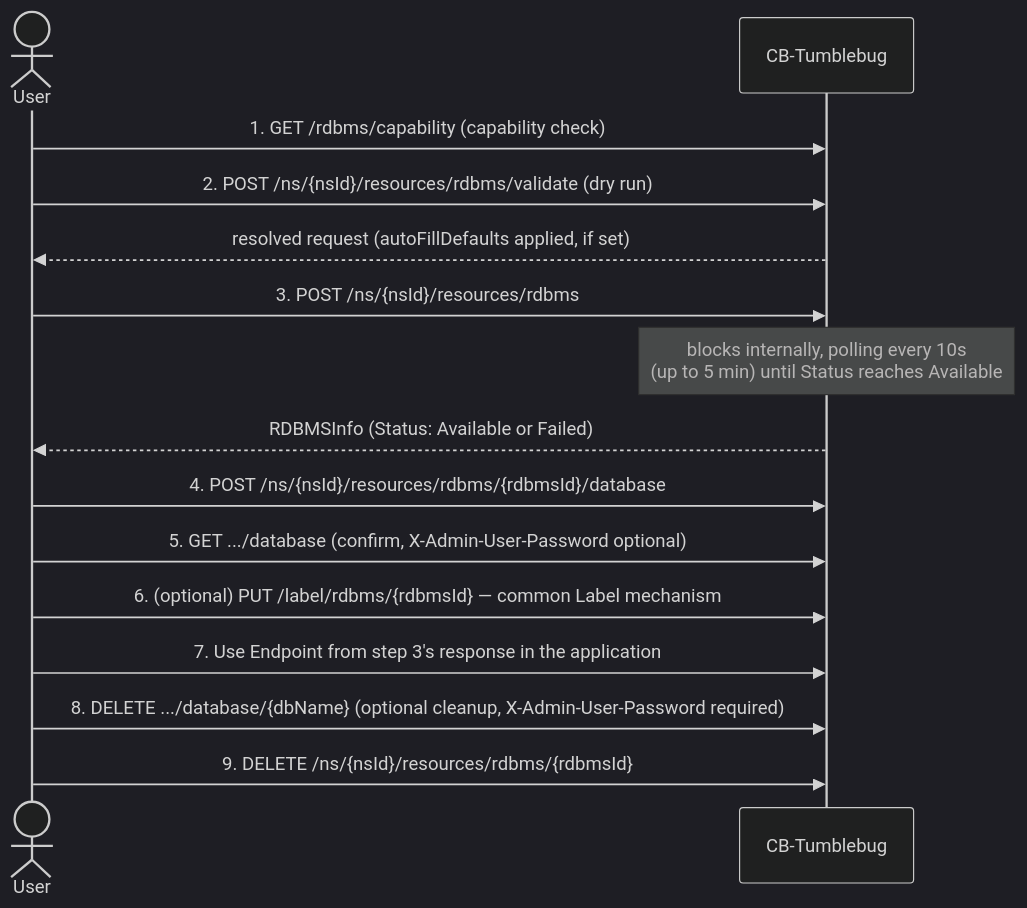
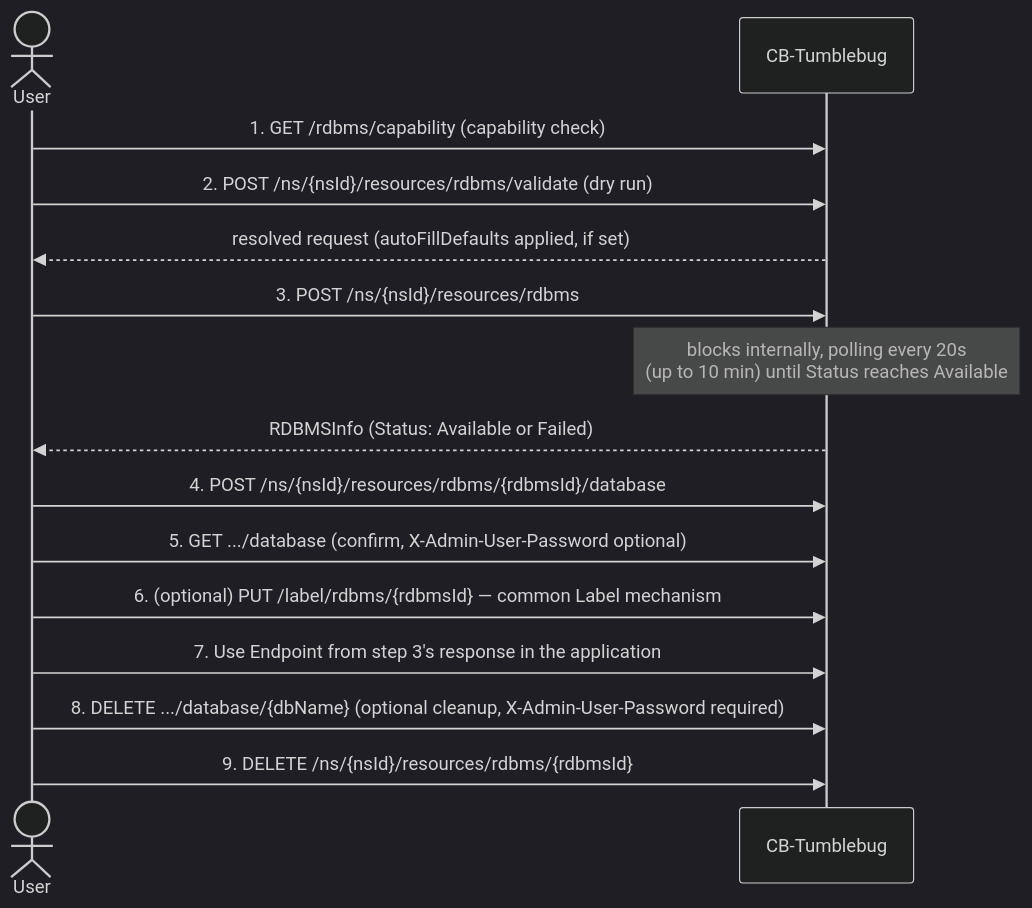
Before and after one commit to cloud-barista/cb-tumblebug: the diagram in docs/feature_guide/rdbms-management.md, drawn with Mermaid (dark theme). The commit also changed other lines of this file and 6 other files, not shown here.

````diff
--- a/docs/feature_guide/rdbms-management.md
+++ b/docs/feature_guide/rdbms-management.md
@@ -84,17 +84,17 @@
 ```mermaid
 sequenceDiagram
     actor User
     participant TB as CB-Tumblebug
     User->>TB: 1. GET /rdbms/capability (capability check)
     User->>TB: 2. POST /ns/{nsId}/resources/rdbms/validate (dry run)
     TB-->>User: resolved request (autoFillDefaults applied, if set)
     User->>TB: 3. POST /ns/{nsId}/resources/rdbms
-    Note over TB: blocks internally, polling every 10s<br/>(up to 5 min) until Status reaches Available
+    Note over TB: blocks internally, polling every 20s<br/>(up to 10 min) until Status reaches Available
     TB-->>User: RDBMSInfo (Status: Available or Failed)
     User->>TB: 4. POST /ns/{nsId}/resources/rdbms/{rdbmsId}/database
     User->>TB: 5. GET .../database (confirm, X-Admin-User-Password optional)
     User->>TB: 6. (optional) PUT /label/rdbms/{rdbmsId} — common Label mechanism
     User->>TB: 7. Use Endpoint from step 3's response in the application
     User->>TB: 8. DELETE .../database/{dbName} (optional cleanup, X-Admin-User-Password required)
     User->>TB: 9. DELETE /ns/{nsId}/resources/rdbms/{rdbmsId}
 ```
````
